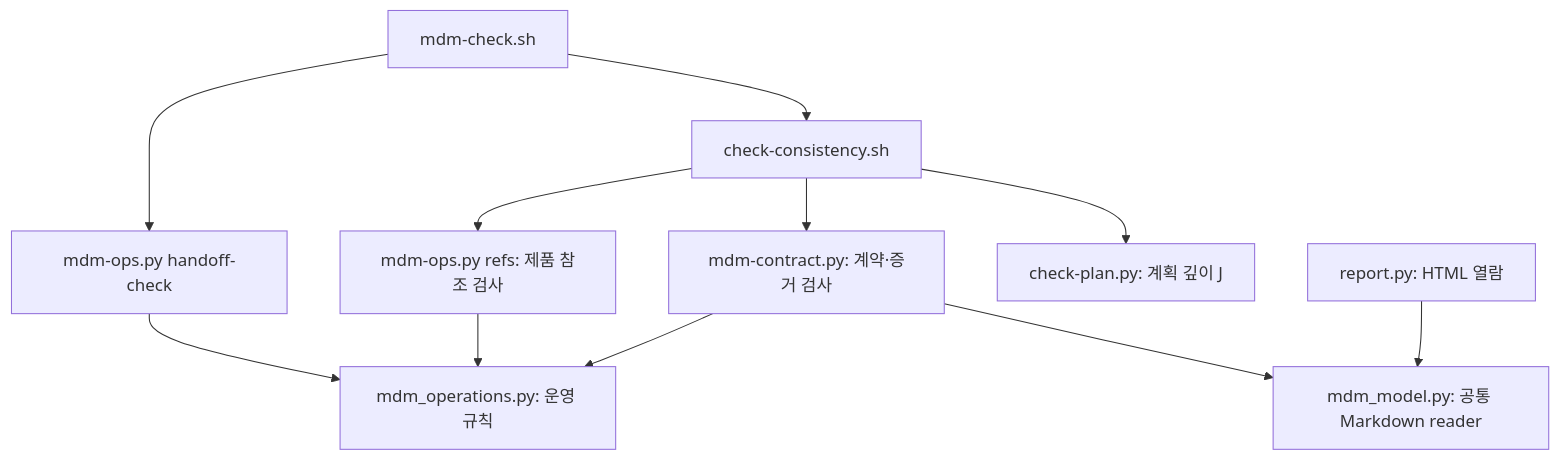
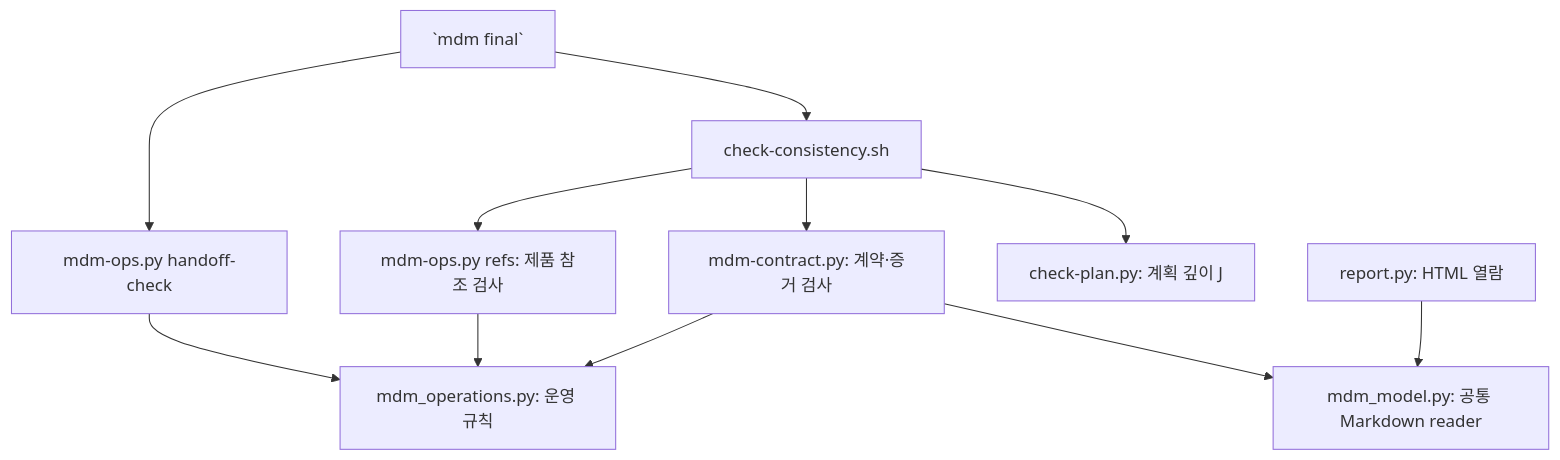
Before and after one commit to JIM00N/my_dev_method: the second of 3 diagrams in guides/harness-architecture.md, drawn with Mermaid. The commit also changed other lines of this file and 170 other files, not shown here.

````diff
--- a/guides/harness-architecture.md
+++ b/guides/harness-architecture.md
@@ -42,13 +44,13 @@
 ```mermaid
 flowchart TD
-    A[mdm-check.sh] --> B[check-consistency.sh]
+    A[`mdm final`] --> B[check-consistency.sh]
     A --> C[mdm-ops.py handoff-check]
     B --> D[check-plan.py: 계획 깊이 J]
     B --> E[mdm-contract.py: 계약·증거 검사]
     B --> O[mdm-ops.py refs: 제품 참조 검사]
     O --> G
     E --> F[mdm_model.py: 공통 Markdown reader]
     E --> G[mdm_operations.py: 운영 규칙]
     C --> G
     R[report.py: HTML 열람] --> F
 ```
````
